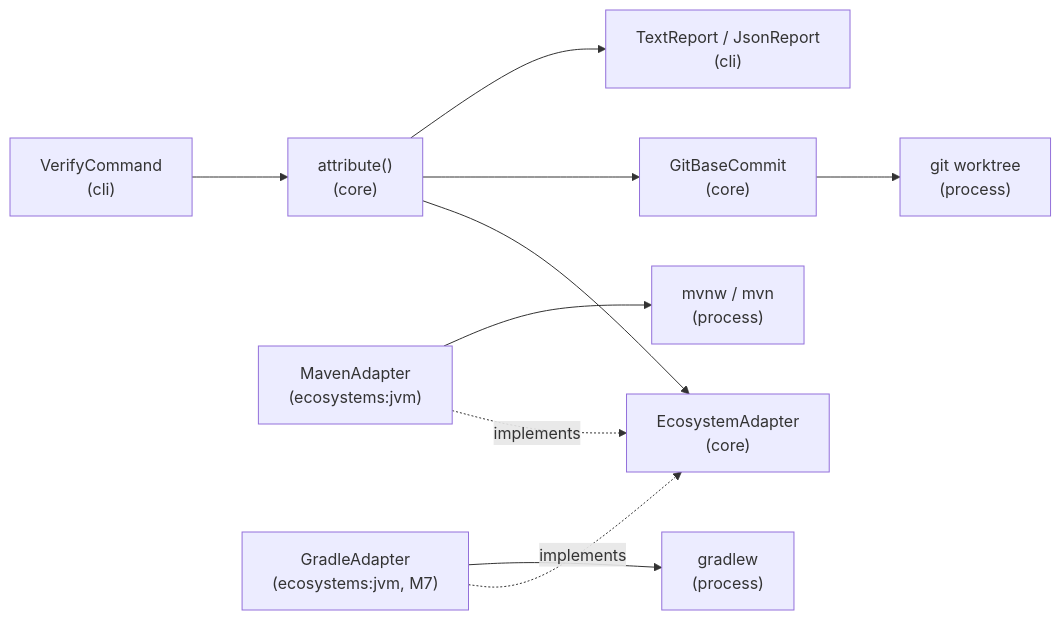
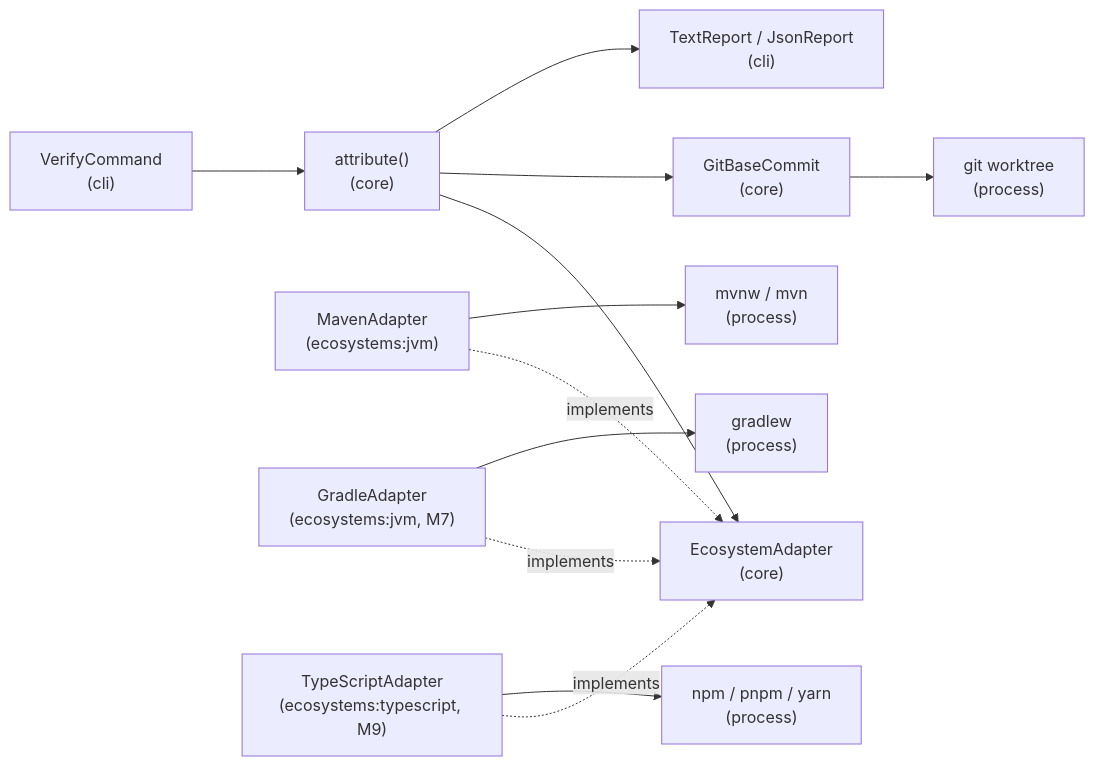
The first of 4 diagrams in docs/architecture/verify-pipeline.md (danvan86/lector-ai), drawn with Mermaid before and after one commit. The commit also changed other lines of this file and 9 other files, not shown here.

First line of the commit message:
docs(architecture): document the TypeScript adapter and sync the docs with M9

````diff
--- a/docs/architecture/verify-pipeline.md
+++ b/docs/architecture/verify-pipeline.md
@@ -17,12 +17,14 @@
 ```mermaid
 flowchart LR
     cli["VerifyCommand<br/>(cli)"] --> attr["attribute()<br/>(core)"]
     attr --> port["EcosystemAdapter<br/>(core)"]
     maven["MavenAdapter<br/>(ecosystems:jvm)"] -. implements .-> port
     gradle["GradleAdapter<br/>(ecosystems:jvm, M7)"] -. implements .-> port
+    ts["TypeScriptAdapter<br/>(ecosystems:typescript, M9)"] -. implements .-> port
     attr --> base["GitBaseCommit<br/>(core)"]
     maven --> mvn["mvnw / mvn<br/>(process)"]
     gradle --> gradlew["gradlew<br/>(process)"]
+    ts --> pm["npm / pnpm / yarn<br/>(process)"]
     base --> git["git worktree<br/>(process)"]
     attr --> report["TextReport / JsonReport<br/>(cli)"]
 ```
````
